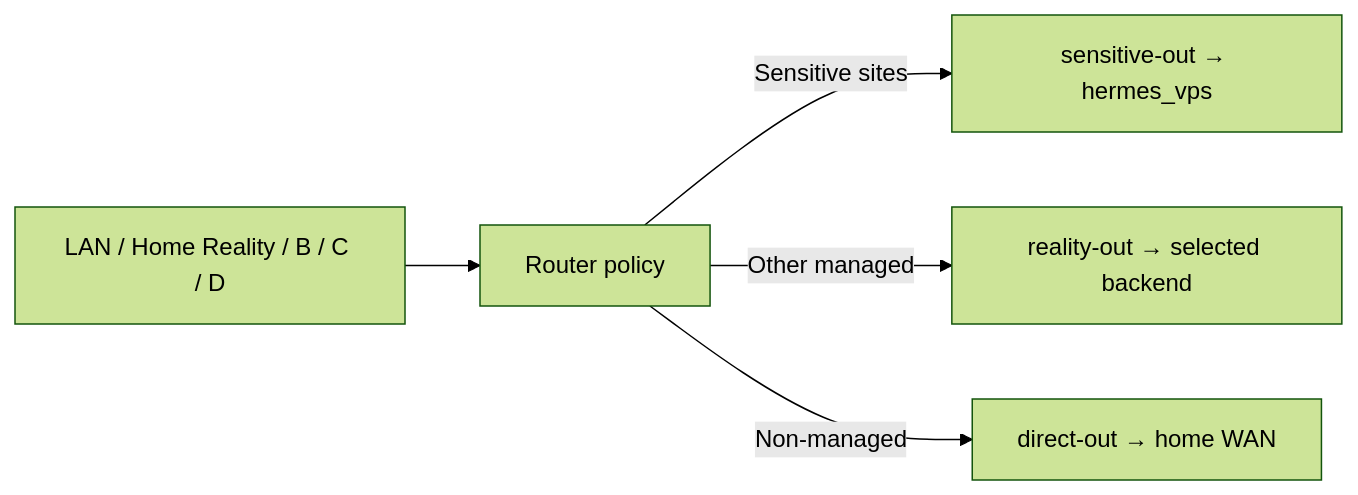
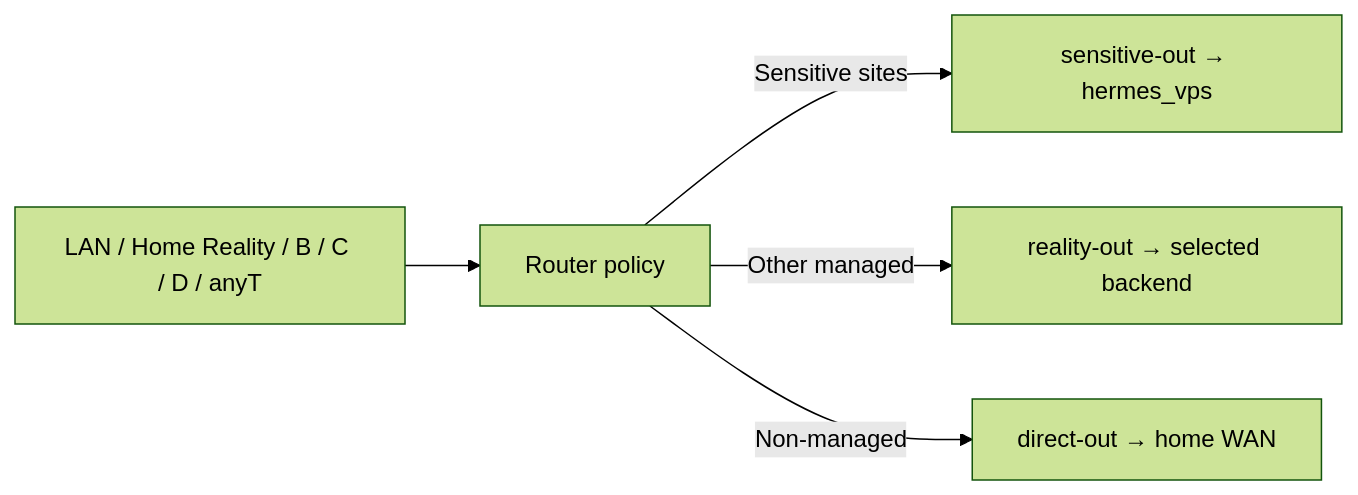
One commit to eiler2005/ghostroute changed the first of 2 diagrams in modules/routing-core/docs/sensitive-sites-mode.md. Above: the diagram before and after it, drawn with Mermaid (forest theme). The commit also changed other lines of this file, not shown here.

Commit message:
docs: cover anyT projection in selected application egress trials

````diff
--- a/modules/routing-core/docs/sensitive-sites-mode.md
+++ b/modules/routing-core/docs/sensitive-sites-mode.md
@@ -11,7 +11,7 @@
 ```mermaid
 flowchart LR
-  ingress[LAN / Home Reality / B / C / D] --> router[Router policy]
+   ingress[LAN / Home Reality / B / C / D / anyT] --> router[Router policy]
   router -->|Sensitive sites| sensitive[sensitive-out → hermes_vps]
   router -->|Other managed| managed[reality-out → selected backend]
   router -->|Non-managed| direct[direct-out → home WAN]
 ```
````
